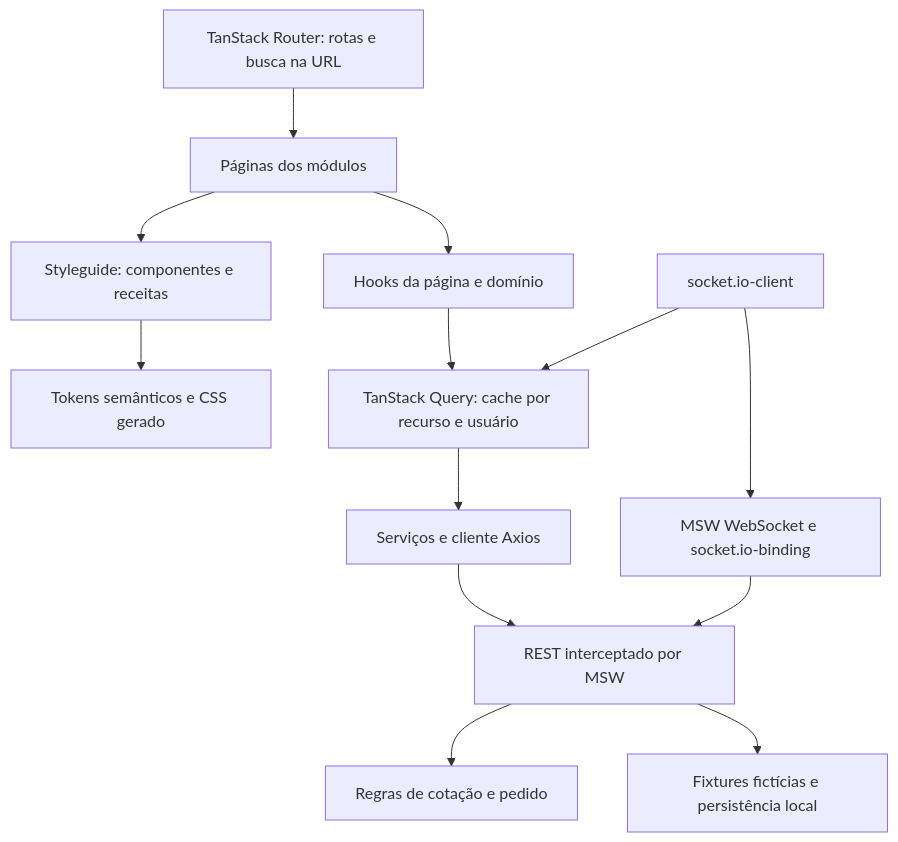
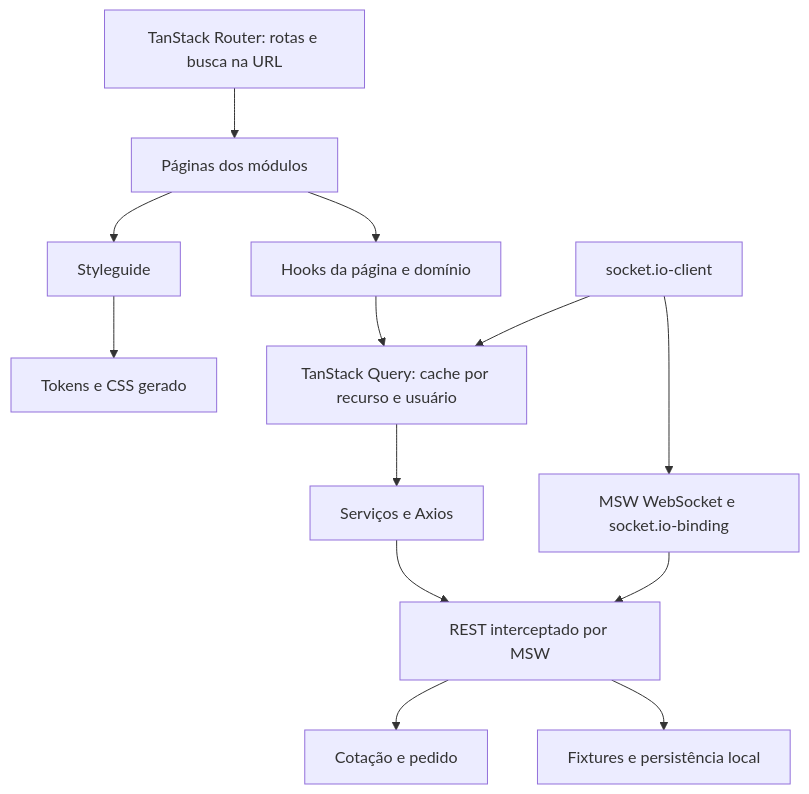
Before and after one commit to felipemlanna1/jungle-nft-marketplace: the first of 2 diagrams in ARCHITECTURE.md, drawn with Mermaid. The commit also changed other lines of this file and 10 other files, not shown here.

````diff
--- a/ARCHITECTURE.md
+++ b/ARCHITECTURE.md
@@ -9,15 +9,15 @@
 ```mermaid
 flowchart TD
   Router[TanStack Router: rotas e busca na URL] --> Pages[Páginas dos módulos]
   Pages --> Hooks[Hooks da página e domínio]
-  Pages --> UI[Styleguide: componentes e receitas]
-  UI --> Theme[Tokens semânticos e CSS gerado]
+  Pages --> UI[Styleguide]
+  UI --> Theme[Tokens e CSS gerado]
   Hooks --> Query[TanStack Query: cache por recurso e usuário]
-  Query --> HTTP[Serviços e cliente Axios]
+  Query --> HTTP[Serviços e Axios]
   HTTP --> REST[REST interceptado por MSW]
-  REST --> Domain[Regras de cotação e pedido]
-  REST --> Storage[Fixtures fictícias e persistência local]
+  REST --> Domain[Cotação e pedido]
+  REST --> Storage[Fixtures e persistência local]
   Socket[socket.io-client] --> WS[MSW WebSocket e socket.io-binding]
   WS --> REST
   Socket --> Query
 ```
````
